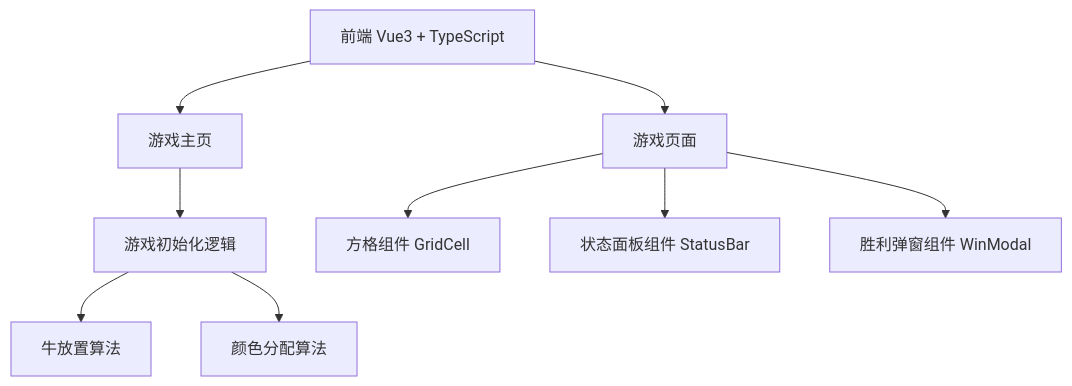
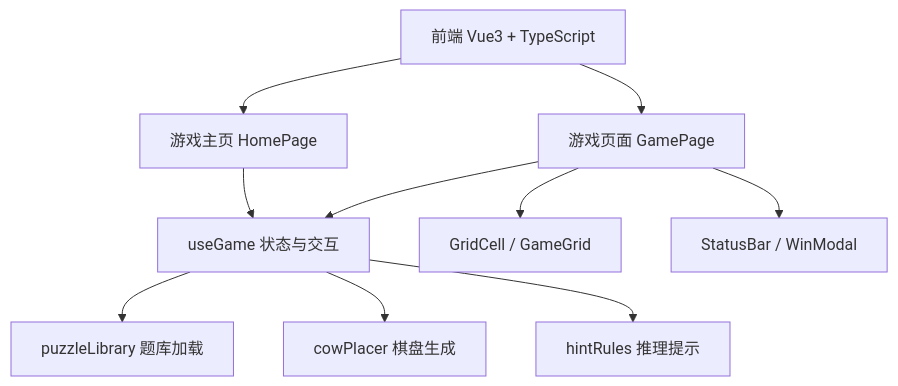
One commit to zhaoxihang/colordog changed the diagram in .trae/documents/tech-architecture.md. Above: the diagram before and after it, drawn with Mermaid. The commit also changed other lines of this file and 30 other files, not shown here.

````diff
--- a/.trae/documents/tech-architecture.md
+++ b/.trae/documents/tech-architecture.md
@@ -3,11 +3,12 @@
 ```mermaid
 flowchart TD
-    A["前端 Vue3 + TypeScript"] --> B["游戏主页"]
-    A --> C["游戏页面"]
-    B --> D["游戏初始化逻辑"]
-    C --> E["方格组件 GridCell"]
-    C --> F["状态面板组件 StatusBar"]
-    C --> G["胜利弹窗组件 WinModal"]
-    D --> H["牛放置算法"]
-    D --> I["颜色分配算法"]
+    A["前端 Vue3 + TypeScript"] --> B["游戏主页 HomePage"]
+    A --> C["游戏页面 GamePage"]
+    B --> D["useGame 状态与交互"]
+    C --> D
+    D --> E["puzzleLibrary 题库加载"]
+    D --> F["cowPlacer 棋盘生成"]
+    D --> G["hintRules 推理提示"]
+    C --> H["GridCell / GameGrid"]
+    C --> I["StatusBar / WinModal"]
 ```
````
